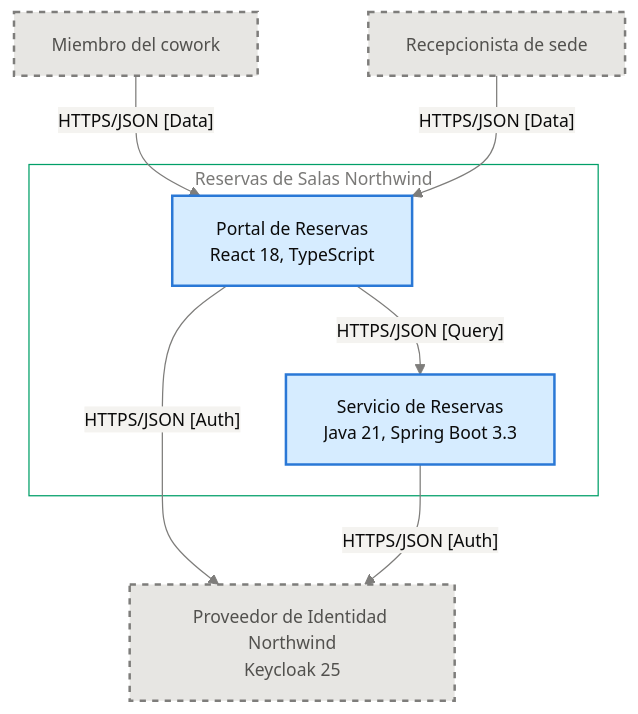
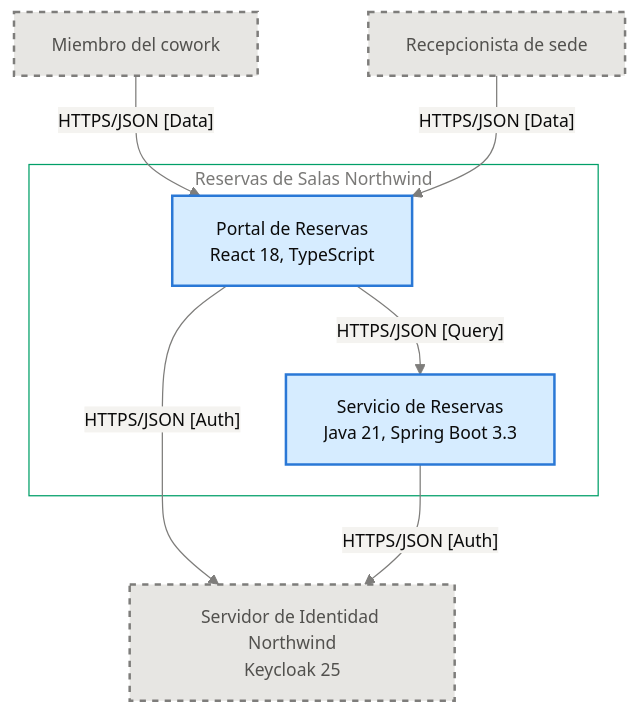
One commit to shadowX4fox/northwind-reservas changed the diagram in handoffs/components/01-portal-de-reservas.md. Above: the diagram before and after it, drawn with Mermaid. The commit also changed other lines of this file and 22 other files, not shown here.

First line of the commit message:
Kit de handoff de architecture-v1.11.0 (#139)

````diff
--- a/handoffs/components/01-portal-de-reservas.md
+++ b/handoffs/components/01-portal-de-reservas.md
@@ -69,40 +69,40 @@
 ```mermaid
 %%{
   init: {
     'theme': 'base',
     'themeVariables': {
       'primaryColor': '#d6ecff',
       'primaryBorderColor': '#2a78d6',
       'primaryTextColor': '#0b0b0b',
       'lineColor': '#7e7d7b',
       'edgeLabelBackground': '#f4f3f0',
       'clusterBkg': 'transparent',
       'clusterBorder': '#019f68',
       'titleColor': '#7a7977',
       'tertiaryTextColor': '#7a7977',
       'fontSize': '14px'
     }
   }
 }%%
 %% Diagram ID: [NOT DOCUMENTED — assigned by the diagram register]
 flowchart TB
   classDef zone  fill:none,stroke:#019f68,stroke-width:1px,color:#7a7977;
   classDef unit  fill:#d6ecff,stroke:#2a78d6,stroke-width:2px,color:#0b0b0b;
   classDef store fill:#ffe0cf,stroke:#dd5c00,stroke-width:2px,color:#0b0b0b;
   classDef ext   fill:#e7e6e3,stroke:#7e7d7b,stroke-width:2px,stroke-dasharray:5 5,color:#52514e;
 %% Cut of C4 Level 2 — Container — Portal de Reservas and its neighbours — generated by handoff-prepare.js, never hand-edited
   MIEMBRO["Miembro del cowork"]
   RECEP["Recepcionista de sede"]
   subgraph SIS["Reservas de Salas Northwind"]
     PORTAL["Portal de Reservas<br/>React 18, TypeScript"]
     SERVICIO["Servicio de Reservas<br/>Java 21, Spring Boot 3.3"]
   end
-  IDP["Proveedor de Identidad Northwind<br/>Keycloak 25"]
+  IDP["Servidor de Identidad Northwind<br/>Keycloak 25"]
   MIEMBRO -->|"HTTPS/JSON [Data]"| PORTAL
   RECEP -->|"HTTPS/JSON [Data]"| PORTAL
   PORTAL -->|"HTTPS/JSON [Auth]"| IDP
   PORTAL -->|"HTTPS/JSON [Query]"| SERVICIO
   SERVICIO -->|"HTTPS/JSON [Auth]"| IDP
   class PORTAL,SERVICIO unit;
   class MIEMBRO,RECEP,IDP ext;
 ```
````
